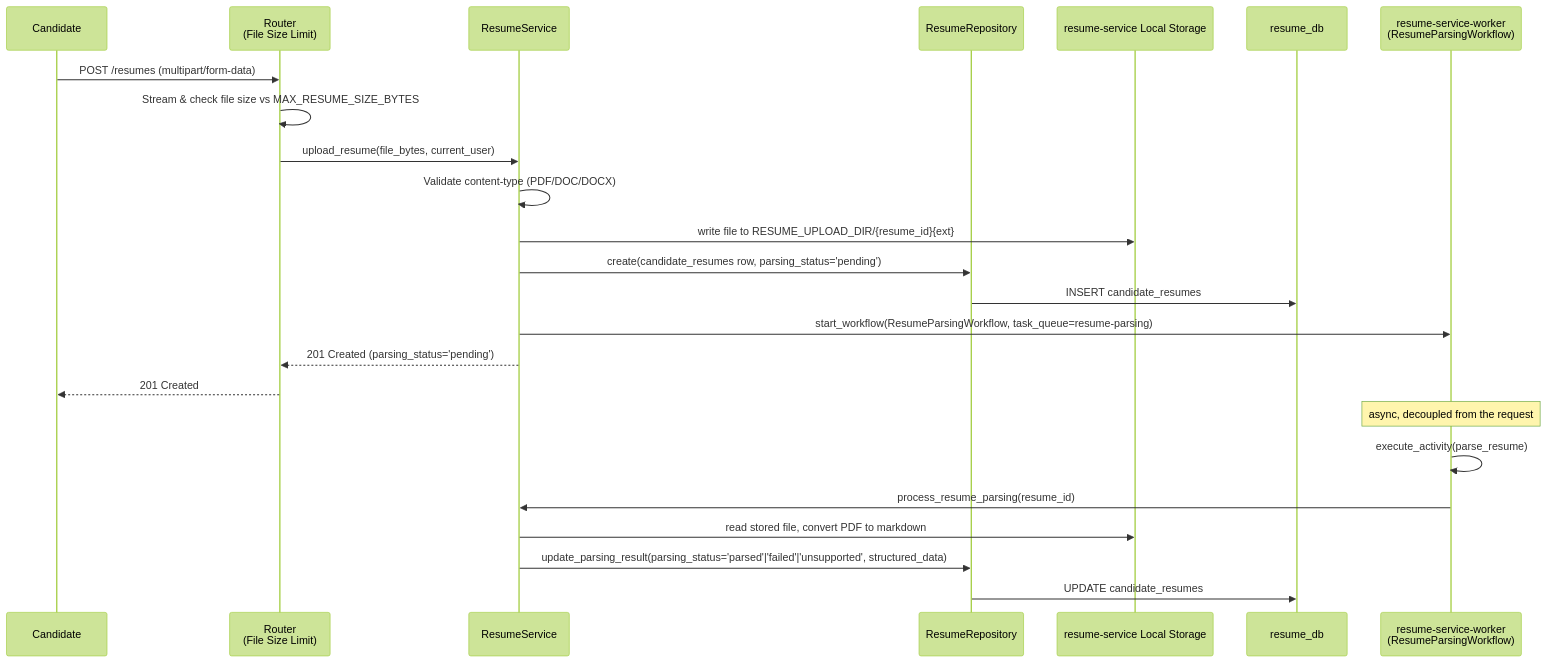
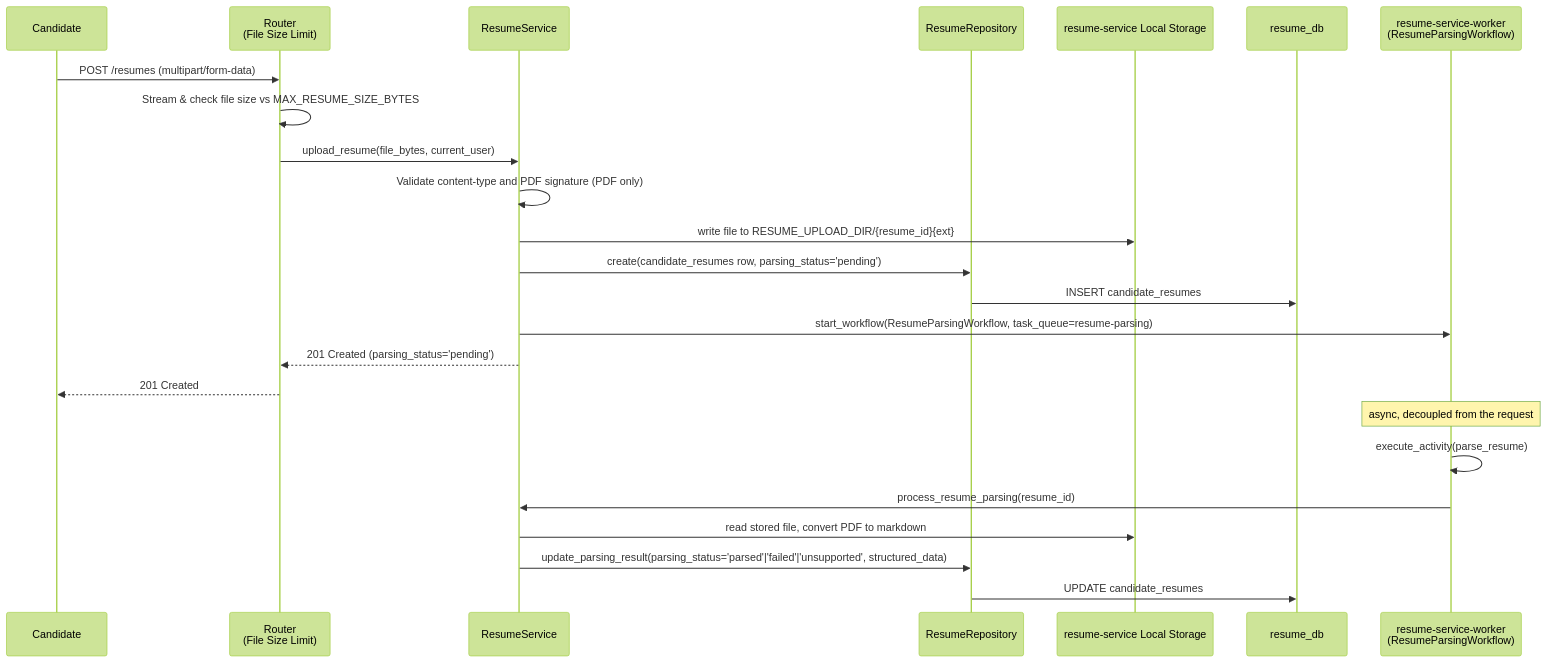
Before and after one commit to afnan-emumba/smart-hire: the sixth of 8 diagrams in docs/SERVICES.md, drawn with Mermaid (forest theme). The commit also changed other lines of this file and 30 other files, not shown here.

First line of the commit message:
feat(resume-service): enhance resume upload validation to include PDF signature check

````diff
--- a/docs/SERVICES.md
+++ b/docs/SERVICES.md
@@ -174,28 +174,28 @@
 ```mermaid
 sequenceDiagram
     participant Candidate
     participant Router as Router<br/>(File Size Limit)
     participant Service as ResumeService
     participant Repo as ResumeRepository
     participant Disk as resume-service Local Storage
     participant DB as resume_db
     participant Temporal as resume-service-worker<br/>(ResumeParsingWorkflow)
 
     Candidate->>Router: POST /resumes (multipart/form-data)
     Router->>Router: Stream & check file size vs MAX_RESUME_SIZE_BYTES
     Router->>Service: upload_resume(file_bytes, current_user)
-    Service->>Service: Validate content-type (PDF/DOC/DOCX)
+    Service->>Service: Validate content-type and PDF signature (PDF only)
     Service->>Disk: write file to RESUME_UPLOAD_DIR/{resume_id}{ext}
     Service->>Repo: create(candidate_resumes row, parsing_status='pending')
     Repo->>DB: INSERT candidate_resumes
     Service->>Temporal: start_workflow(ResumeParsingWorkflow, task_queue=resume-parsing)
     Service-->>Router: 201 Created (parsing_status='pending')
     Router-->>Candidate: 201 Created
 
     Note over Temporal: async, decoupled from the request
     Temporal->>Temporal: execute_activity(parse_resume)
     Temporal->>Service: process_resume_parsing(resume_id)
     Service->>Disk: read stored file, convert PDF to markdown
     Service->>Repo: update_parsing_result(parsing_status='parsed'|'failed'|'unsupported', structured_data)
     Repo->>DB: UPDATE candidate_resumes
 ```
````
